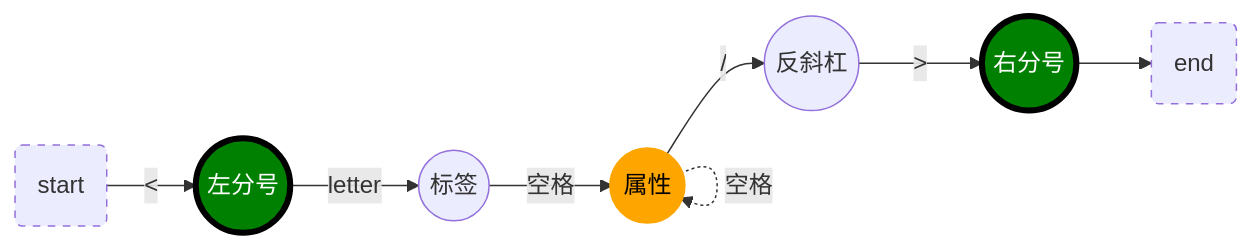
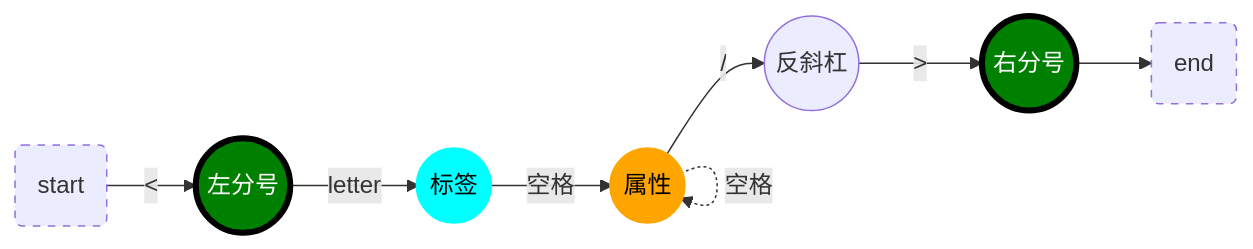
The first of 4 diagrams in README.MD (AngelPP52/tiny-compiler), drawn with Mermaid before and after one commit. The commit also changed other lines of this file and 6 other files, not shown here.

````diff
--- a/README.MD
+++ b/README.MD
@@ -42,14 +25,17 @@
 ```mermaid
 graph LR
 start(start) --> |<|parenL((左分号)) --> |letter|label((标签)) --> |空格|attr((属性)) -.-> |空格|attr --> |/|blackSlash((反斜杠)) --> |>|parenR((右分号)) --> end1(end)
 
 classDef border-green stroke:black,fill: green, color: white,stroke-width: 4
 classDef orange stroke:orange,fill: orange,color:black,stroke-width:4
+classDef cyan stroke:cyan,fill: cyan,color:black,stroke-width:4
+
 class parenL border-green
 class parenR border-green
 class attr orange
+class label cyan
 
 classDef stroke-dash stroke-dasharray: 5,5
 class start stroke-dash
 class end1 stroke-dash
 ```
````
